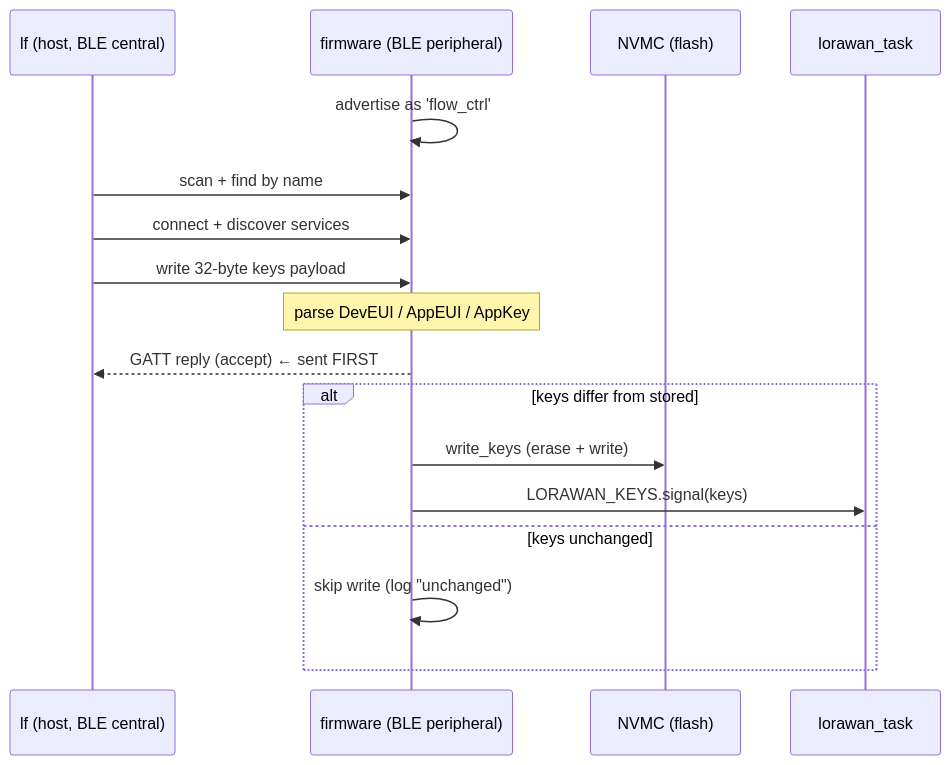
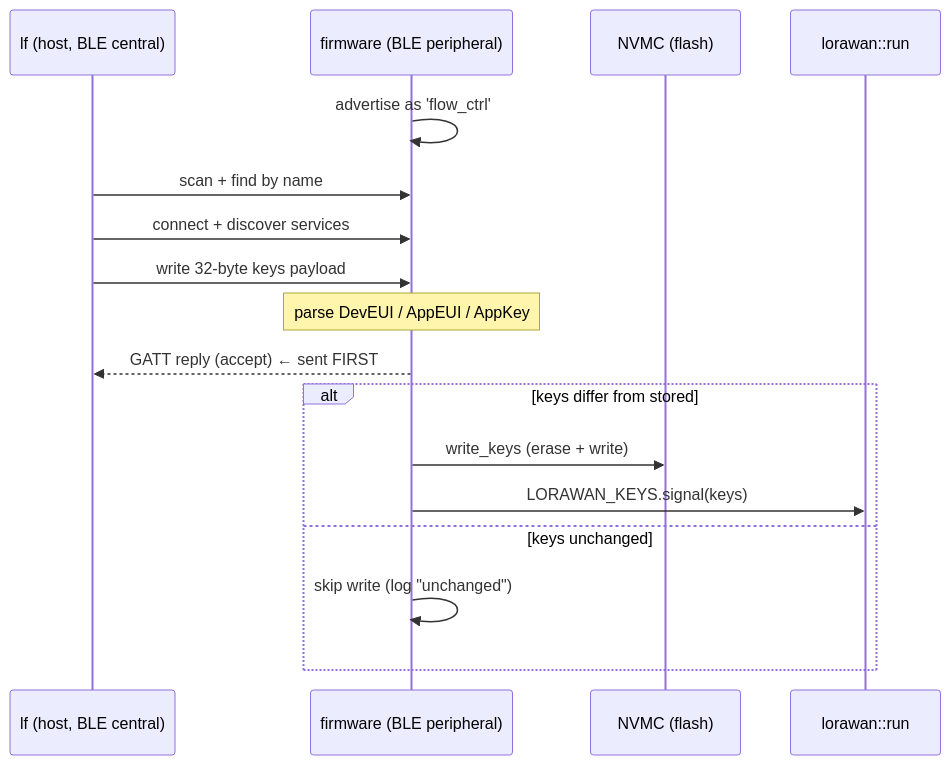
One commit to ponix-dev/flow_controller changed the diagram in docs/provisioning.md. Above: the diagram before and after it, drawn with Mermaid. The commit also changed other lines of this file and 5 other files, not shown here.

````diff
--- a/docs/provisioning.md
+++ b/docs/provisioning.md
@@ -34,20 +34,20 @@
 ```mermaid
 sequenceDiagram
     participant CLI as lf (host, BLE central)
     participant Dev as firmware (BLE peripheral)
     participant Flash as NVMC (flash)
-    participant Lora as lorawan_task
+    participant Lora as lorawan::run
 
     Dev->>Dev: advertise as 'flow_ctrl'
     CLI->>Dev: scan + find by name
     CLI->>Dev: connect + discover services
     CLI->>Dev: write 32-byte keys payload
     Note over Dev: parse DevEUI / AppEUI / AppKey
     Dev-->>CLI: GATT reply (accept)  ← sent FIRST
     alt keys differ from stored
         Dev->>Flash: write_keys (erase + write)
         Dev->>Lora: LORAWAN_KEYS.signal(keys)
     else keys unchanged
         Dev->>Dev: skip write (log "unchanged")
     end
 ```
````
